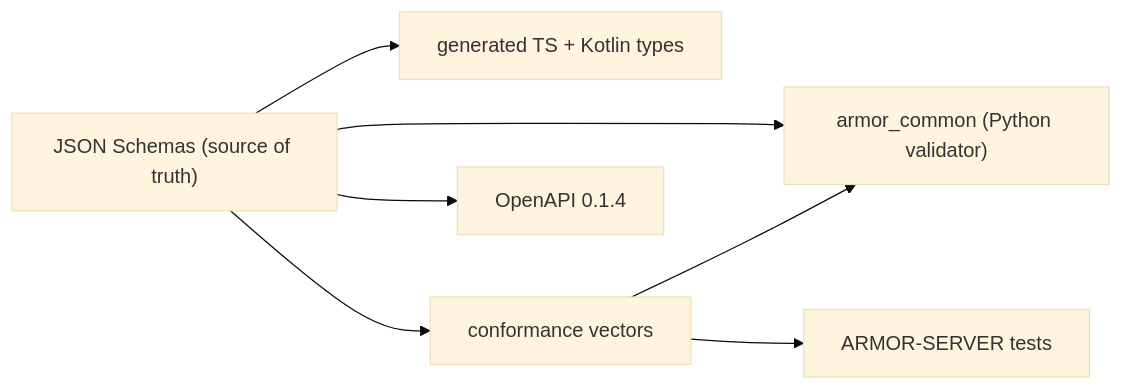
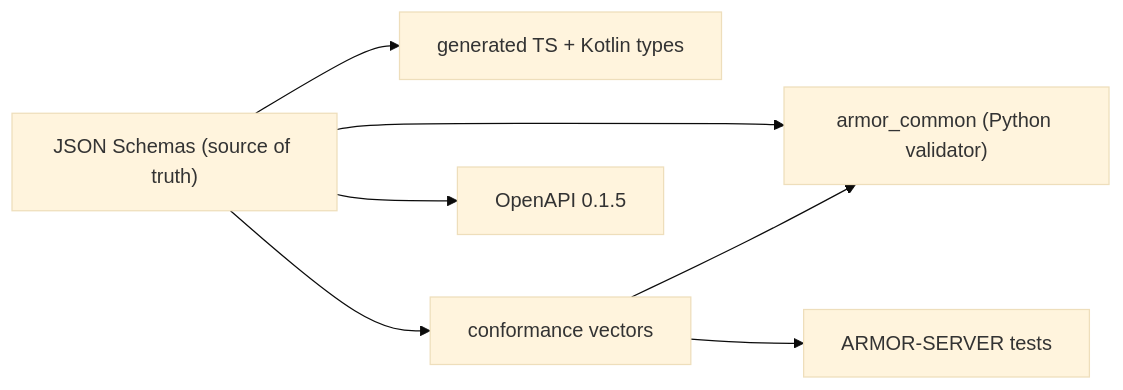
One commit to JuanenRac/ARMOR-COMMON changed the diagram in README.md. Above: the diagram before and after it, drawn with Mermaid (base theme). The commit also changed other lines of this file and 6 other files, not shown here.

````diff
--- a/README.md
+++ b/README.md
@@ -39,9 +39,9 @@
 ```mermaid
 flowchart LR
     S["JSON Schemas (source of truth)"] --> P["armor_common (Python validator)"]
     S --> G["generated TS + Kotlin types"]
     S --> V["conformance vectors"]
     V --> P
     V --> T["ARMOR-SERVER tests"]
-    S --> O["OpenAPI 0.1.4"]
+    S --> O["OpenAPI 0.1.5"]
 ```
````
